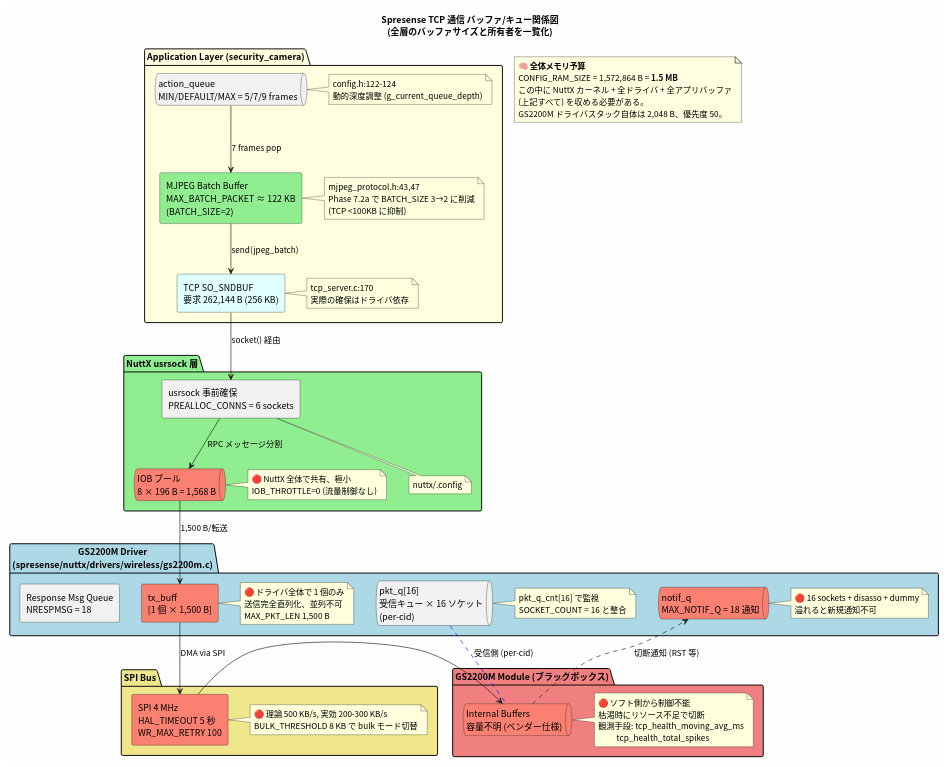
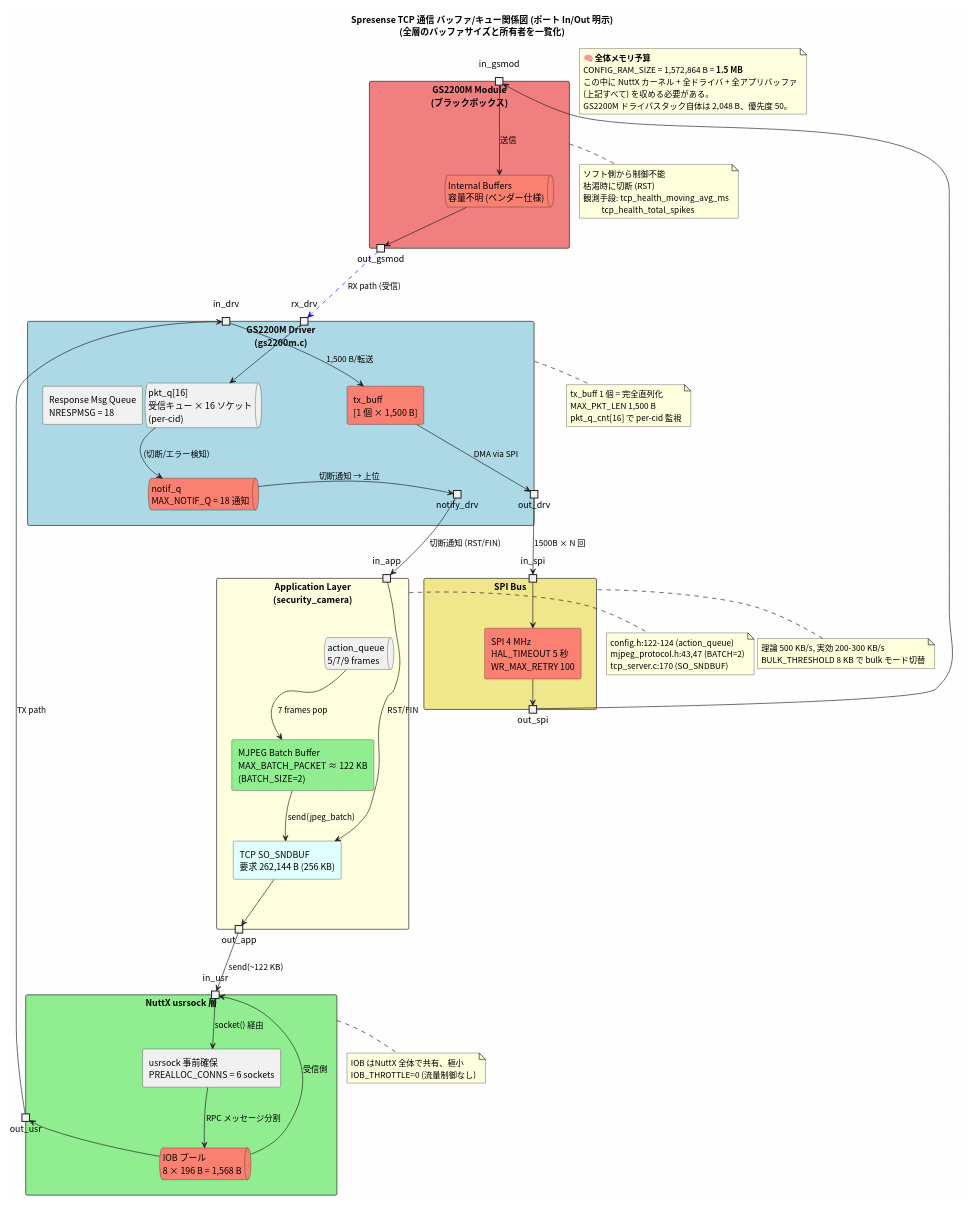
The diagram in docs/security_camera/02_specifications/architecture/spresense_tcp_buffer_queue.puml (ken11111/Spr_wk), drawn with PlantUML before and after one commit. The commit also changed 5 other files, not shown here.

First line of the commit message:
docs(spec): TCP 制約図のパーサ修正 + ポート In/Out 明示 + PNG 添付

```diff
--- a/docs/security_camera/02_specifications/architecture/spresense_tcp_buffer_queue.puml
+++ b/docs/security_camera/02_specifications/architecture/spresense_tcp_buffer_queue.puml
@@ -1,101 +1,115 @@
 @startuml spresense_tcp_buffer_queue
 skinparam defaultFontName "Noto Sans CJK JP"
 skinparam backgroundColor #FEFEFE
 skinparam componentStyle rectangle
 
-title Spresense TCP 通信 バッファ/キュー関係図\n(全層のバッファサイズと所有者を一覧化)
+title Spresense TCP 通信 バッファ/キュー関係図 (ポート In/Out 明示)\n(全層のバッファサイズと所有者を一覧化)
 
-package "Application Layer (security_camera)" #LightYellow {
-  queue "action_queue\nMIN/DEFAULT/MAX = 5/7/9 frames" as AQ
-  note right of AQ
-    config.h:122-124
-    動的深度調整 (g_current_queue_depth)
-  end note
+component "Application Layer\n(security_camera)" as APP #LightYellow {
+  portin  in_app
+  portout out_app
 
+  queue "action_queue\n5/7/9 frames" as AQ
   rectangle "MJPEG Batch Buffer\nMAX_BATCH_PACKET ≈ 122 KB\n(BATCH_SIZE=2)" as MJBUF #LightGreen
-  note right of MJBUF
-    mjpeg_protocol.h:43,47
-    Phase 7.2a で BATCH_SIZE 3→2 に削減
-    (TCP <100KB に抑制)
-  end note
+  rectangle "TCP SO_SNDBUF\n要求 262,144 B (256 KB)" as SNDBUF #LightCyan
 
-  rectangle "TCP SO_SNDBUF\n要求 262,144 B (256 KB)" as SNDBUF #LightCyan
-  note right of SNDBUF
-    tcp_server.c:170
-    実際の確保はドライバ依存
-  end note
+  AQ --> MJBUF : "7 frames pop"
+  MJBUF --> SNDBUF : "send(jpeg_batch)"
+  SNDBUF --> out_app
+  in_app --> SNDBUF : "RST/FIN"
 }
+note right of APP
+  config.h:122-124 (action_queue)
+  mjpeg_protocol.h:43,47 (BATCH=2)
+  tcp_server.c:170 (SO_SNDBUF)
+end note
 
-package "NuttX usrsock 層" #LightGreen {
+component "NuttX usrsock 層" as USRSOCK #LightGreen {
+  portin  in_usr
+  portout out_usr
+
   rectangle "usrsock 事前確保\nPREALLOC_CONNS = 6 sockets" as USRCONN
-  note bottom of USRCONN: nuttx/.config
+  queue "IOB プール\n8 × 196 B = 1,568 B" as IOB #Salmon
 
-  queue "IOB プール\n8 × 196 B = 1,568 B" as IOB #Salmon
-  note right of IOB
-    🔴 NuttX 全体で共有、極小
-    IOB_THROTTLE=0 (流量制御なし)
-  end note
+  in_usr --> USRCONN : "socket() 経由"
+  USRCONN --> IOB : "RPC メッセージ分割"
+  IOB --> out_usr
+  in_usr <-- IOB : "受信側"
 }
+note right of USRSOCK
+  IOB はNuttX 全体で共有、極小
+  IOB_THROTTLE=0 (流量制御なし)
+end note
 
-package "GS2200M Driver\n(spresense/nuttx/drivers/wireless/gs2200m.c)" #LightBlue {
+component "GS2200M Driver\n(gs2200m.c)" as GS_DRV #LightBlue {
+  portin  in_drv
+  portout out_drv
+  portin  rx_drv
+  portout notify_drv
+
   rectangle "tx_buff\n[1 個 × 1,500 B]" as TXBUF #Salmon
-  note right of TXBUF
-    🔴 ドライバ全体で 1 個のみ
-    送信完全直列化、並列不可
-    MAX_PKT_LEN 1,500 B
-  end note
+  queue "pkt_q[16]\n受信キュー × 16 ソケット\n(per-cid)" as PKTQ
+  queue "notif_q\nMAX_NOTIF_Q = 18 通知" as NOTIFQ #Salmon
+  rectangle "Response Msg Queue\nNRESPMSG = 18" as RESPQ
 
-  queue "pkt_q[16]\n受信キュー × 16 ソケット\n(per-cid)" as PKTQ
-  note right of PKTQ
-    pkt_q_cnt[16] で監視
-    SOCKET_COUNT = 16 と整合
-  end note
+  in_drv --> TXBUF : "1,500 B/転送"
+  TXBUF --> out_drv : "DMA via SPI"
 
-  queue "notif_q\nMAX_NOTIF_Q = 18 通知" as NOTIFQ #Salmon
-  note right of NOTIFQ
-    🔴 16 sockets + disasso + dummy
-    溢れると新規通知不可
-  end note
+  rx_drv --> PKTQ
+  PKTQ --> NOTIFQ : "(切断/エラー検知)"
+  NOTIFQ --> notify_drv : "切断通知 → 上位"
+  RESPQ -[hidden]-> NOTIFQ
+}
+note right of GS_DRV
+  tx_buff 1 個 = 完全直列化
+  MAX_PKT_LEN 1,500 B
+  pkt_q_cnt[16] で per-cid 監視
+end note
 
-  rectangle "Response Msg Queue\nNRESPMSG = 18" as RESPQ
+component "SPI Bus" as SPI #Khaki {
+  portin  in_spi
+  portout out_spi
+
+  rectangle "SPI 4 MHz\nHAL_TIMEOUT 5 秒\nWR_MAX_RETRY 100" as SPI_IF #Salmon
+
+  in_spi --> SPI_IF
+  SPI_IF --> out_spi
 }
+note right of SPI
+  理論 500 KB/s, 実効 200-300 KB/s
+  BULK_THRESHOLD 8 KB で bulk モード切替
+end note
 
-package "SPI Bus" #Khaki {
-  rectangle "SPI 4 MHz\nHAL_TIMEOUT 5 秒\nWR_MAX_RETRY 100" as SPI #Salmon
-  note right of SPI
-    🔴 理論 500 KB/s, 実効 200-300 KB/s
-    BULK_THRESHOLD 8 KB で bulk モード切替
-  end note
+component "GS2200M Module\n(ブラックボックス)" as GSMOD #LightCoral {
+  portin  in_gsmod
+  portout out_gsmod
+
+  queue "Internal Buffers\n容量不明 (ベンダー仕様)" as VBUF #Salmon
+
+  in_gsmod --> VBUF : "送信"
+  VBUF --> out_gsmod : "WiFi へ"
 }
+note right of GSMOD
+  ソフト側から制御不能
+  枯渇時に切断 (RST)
+  観測手段: tcp_health_moving_avg_ms
+            tcp_health_total_spikes
+end note
 
-package "GS2200M Module (ブラックボックス)" #LightCoral {
-  queue "Internal Buffers\n容量不明 (ベンダー仕様)" as VBUF #Salmon
-  note right of VBUF
-    🔴 ソフト側から制御不能
-    枯渇時にリソース不足で切断
-    観測手段: tcp_health_moving_avg_ms
-              tcp_health_total_spikes
-  end note
-}
+' レイヤ間接続 (ポート同士)
+out_app      --> in_usr      : "send(~122 KB)"
+out_usr      --> in_drv      : "TX path"
+out_drv      --> in_spi      : "1500B × N 回"
+out_spi      --> in_gsmod
+out_gsmod    -[#blue,dashed]-> rx_drv : "RX path (受信)"
+notify_drv   --> in_app      : "切断通知 (RST/FIN)"
 
-' データフロー
-AQ --> MJBUF : 7 frames pop
-MJBUF --> SNDBUF : send(jpeg_batch)
-SNDBUF --> USRCONN : socket() 経由
-USRCONN --> IOB : RPC メッセージ分割
-IOB --> TXBUF : 1,500 B/転送
-TXBUF --> SPI : DMA via SPI
-SPI --> VBUF
-VBUF .right.> NOTIFQ : 切断通知 (RST 等)
-PKTQ -[#blue,dashed]- VBUF : 受信側 (per-cid)
-
-' RAM 全体予算注記
 note as RAM #LightYellow
   **🧠 全体メモリ予算**
   CONFIG_RAM_SIZE = 1,572,864 B = **1.5 MB**
   この中に NuttX カーネル + 全ドライバ + 全アプリバッファ
   (上記すべて) を収める必要がある。
   GS2200M ドライバスタック自体は 2,048 B、優先度 50。
 end note
 
 @enduml
```
